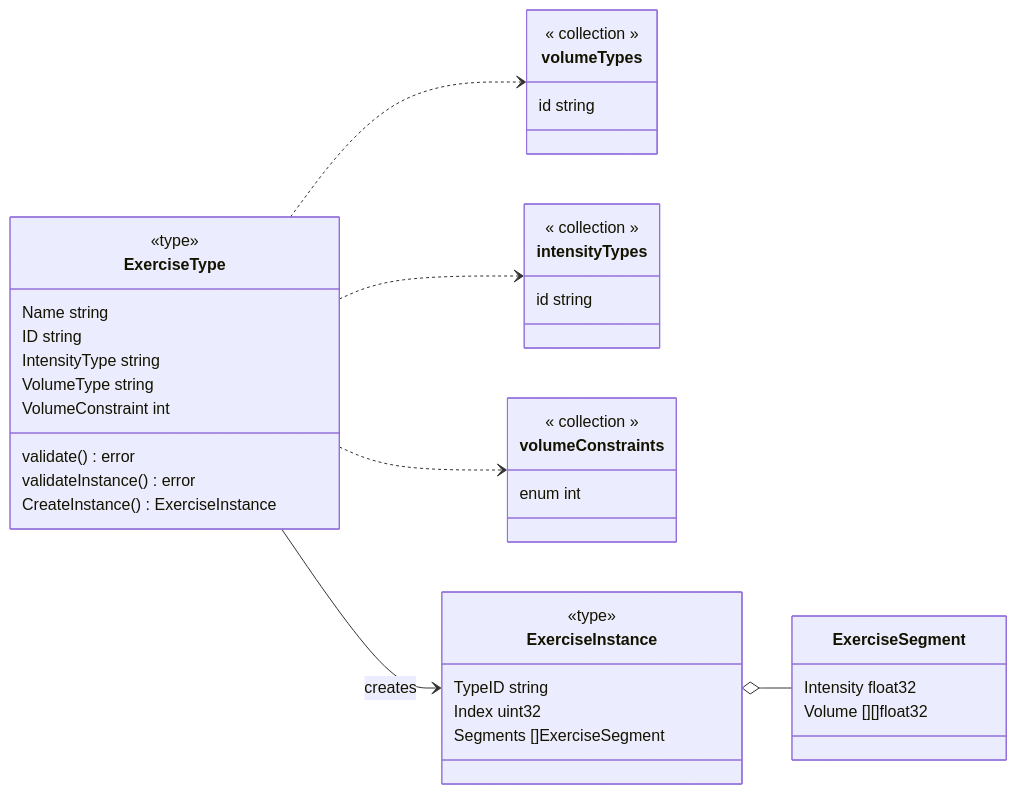
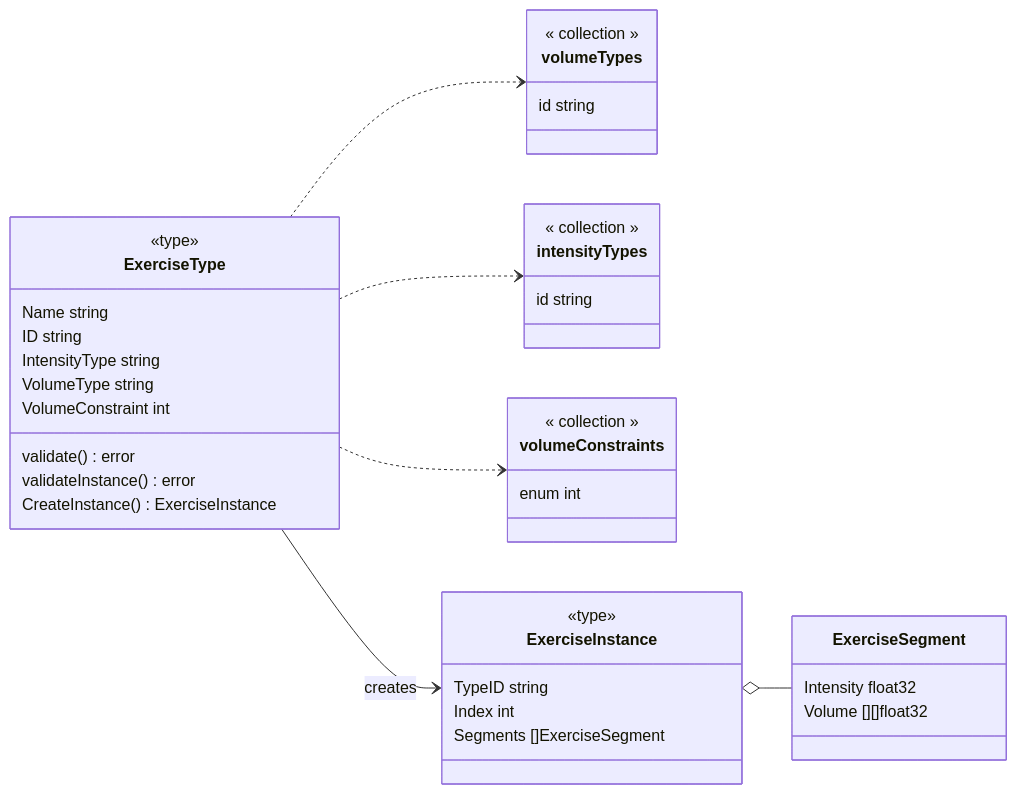
One commit to scottbrodersen/homegym changed the second of 3 diagrams in README.md. Above: the diagram before and after it, drawn with Mermaid. The commit also changed 55 other files, not shown here.

````diff
--- a/README.md
+++ b/README.md
@@ -66,48 +66,48 @@
 ```mermaid
     classDiagram
 direction LR
     class ExerciseType{
         <<type>>
         Name string
         ID string
         IntensityType string
         VolumeType string
         VolumeConstraint int
         validate() error
         validateInstance() error
         CreateInstance() ExerciseInstance
     }
 
     class volumeTypes {
       << collection >>
       id string
     }
 
     class intensityTypes {
       << collection >>
       id string
     }
 
     class volumeConstraints {
        << collection >>
      enum int
     }
 
     class ExerciseInstance{
       <<type>>
       TypeID string
-      Index uint32
+      Index int
       Segments []ExerciseSegment
     }
 
     class ExerciseSegment{
       Intensity float32
       Volume [][]float32
     }
 
     ExerciseType --> ExerciseInstance :creates
     ExerciseInstance o-- ExerciseSegment
     ExerciseType ..> volumeTypes
     ExerciseType ..> intensityTypes
     ExerciseType ..> volumeConstraints
 ```
````
